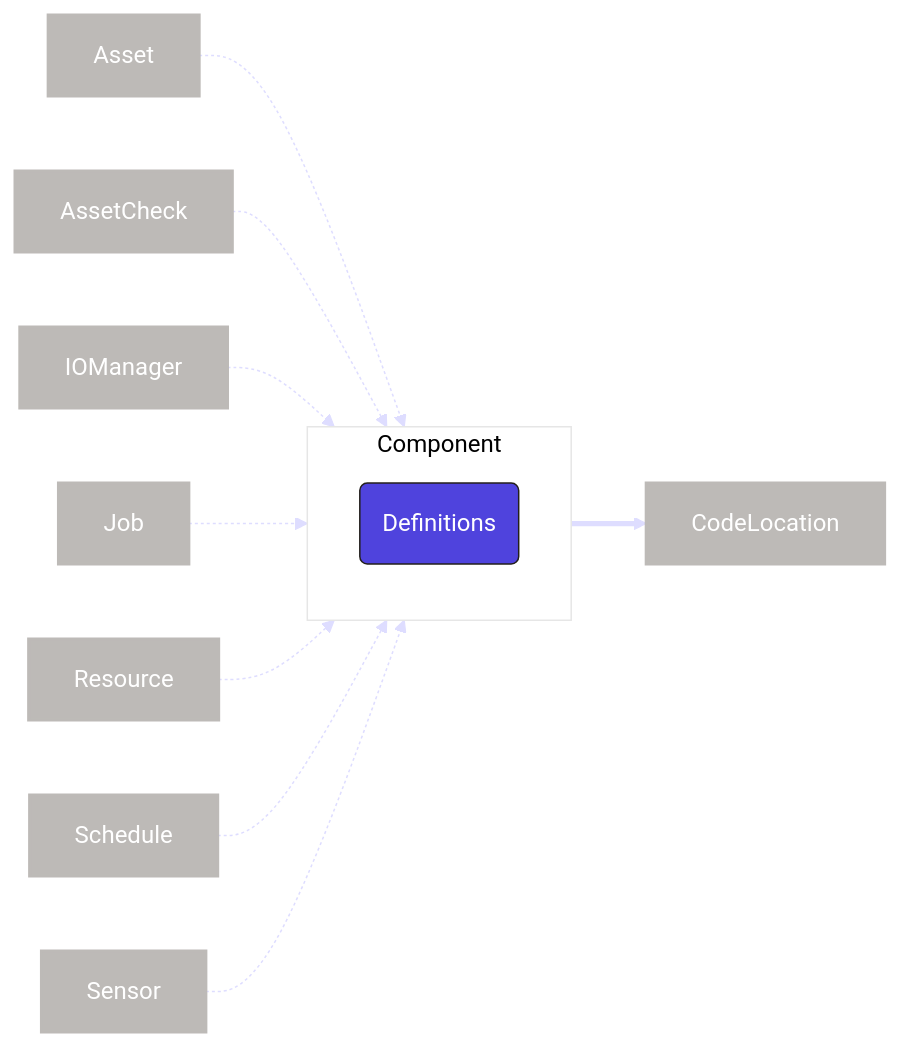
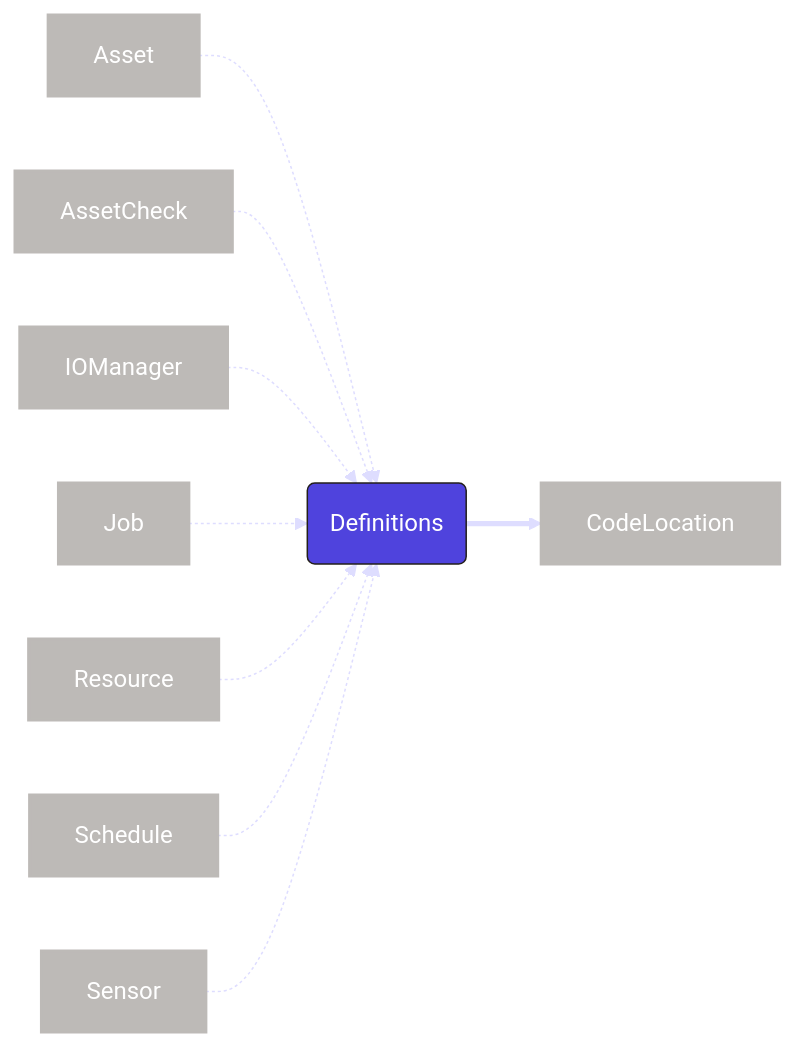
The seventh of 16 diagrams in docs/docs/getting-started/concepts.md (dagster-io/dagster), drawn with Mermaid before and after one commit. The commit also changed other lines of this file, not shown here.

Commit message:
Definition component optional

````diff
--- a/docs/docs/getting-started/concepts.md
+++ b/docs/docs/getting-started/concepts.md
@@ -295,39 +295,37 @@
 ```mermaid
 %%{
   init: {
     'theme': 'base',
     'themeVariables': {
       'primaryColor': '#4F43DD',
       'primaryTextColor': '#FFFFFF',
       'primaryBorderColor': '#231F1B',
       'lineColor': '#DEDDFF',
       'secondaryColor': '#BDBAB7',
       'tertiaryColor': '#FFFFFF'
     }
   }
 }%%
   graph LR
     style Job fill:#BDBAB7,stroke:#BDBAB7,stroke-width:2px
     style Schedule fill:#BDBAB7,stroke:#BDBAB7,stroke-width:2px
     style Asset fill:#BDBAB7,stroke:#BDBAB7,stroke-width:2px
     style Sensor fill:#BDBAB7,stroke:#BDBAB7,stroke-width:2px
     style IOManager fill:#BDBAB7,stroke:#BDBAB7,stroke-width:2px
     style Resource fill:#BDBAB7,stroke:#BDBAB7,stroke-width:2px
     style AssetCheck fill:#BDBAB7,stroke:#BDBAB7,stroke-width:2px
     style CodeLocation fill:#BDBAB7,stroke:#BDBAB7,stroke-width:2px
 
 
-    Asset -.-> Component
-    AssetCheck -.-> Component
-    IOManager -.-> Component
-    Job -.-> Component
-    Resource -.-> Component
-    Schedule -.-> Component
-    Sensor -.-> Component
+    Asset -.-> Definitions
+    AssetCheck -.-> Definitions
+    IOManager -.-> Definitions
+    Job -.-> Definitions
+    Resource -.-> Definitions
+    Schedule -.-> Definitions
+    Sensor -.-> Definitions
 
-    subgraph Component
     Definitions(Definitions)
-    end
 
-    Component ==> CodeLocation
+    Definitions ==> CodeLocation
 ```
````
